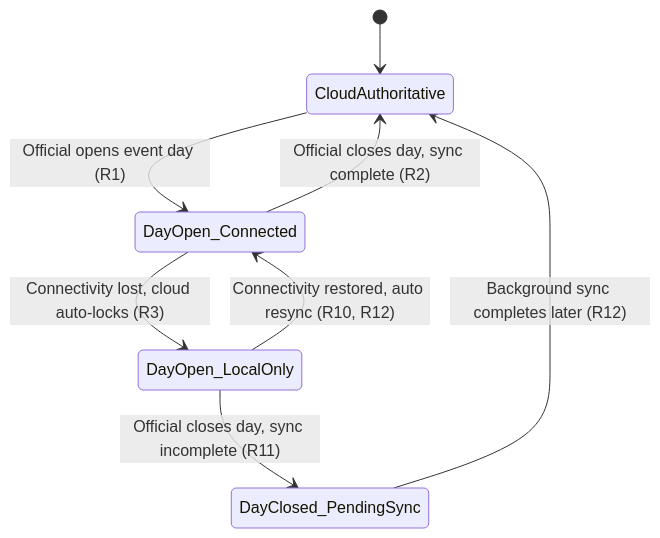
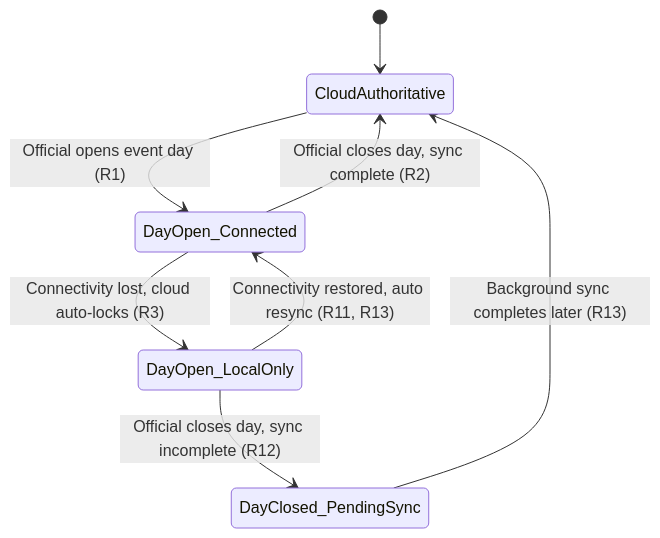
Before and after one commit to oggthemiffed/RCTimingControl: the first of 3 diagrams in docs/plans/2026-08-04-001-feat-offline-race-day-resilience-plan.md, drawn with Mermaid. The commit also changed other lines of this file, not shown here.

````diff
--- a/docs/plans/2026-08-04-001-feat-offline-race-day-resilience-plan.md
+++ b/docs/plans/2026-08-04-001-feat-offline-race-day-resilience-plan.md
@@ -112,10 +113,10 @@
 ```mermaid
 stateDiagram-v2
     [*] --> CloudAuthoritative
     CloudAuthoritative --> DayOpen_Connected: Official opens event day (R1)
     DayOpen_Connected --> DayOpen_LocalOnly: Connectivity lost, cloud auto-locks (R3)
-    DayOpen_LocalOnly --> DayOpen_Connected: Connectivity restored, auto resync (R10, R12)
+    DayOpen_LocalOnly --> DayOpen_Connected: Connectivity restored, auto resync (R11, R13)
     DayOpen_Connected --> CloudAuthoritative: Official closes day, sync complete (R2)
-    DayOpen_LocalOnly --> DayClosed_PendingSync: Official closes day, sync incomplete (R11)
-    DayClosed_PendingSync --> CloudAuthoritative: Background sync completes later (R12)
+    DayOpen_LocalOnly --> DayClosed_PendingSync: Official closes day, sync incomplete (R12)
+    DayClosed_PendingSync --> CloudAuthoritative: Background sync completes later (R13)
 ```
````
